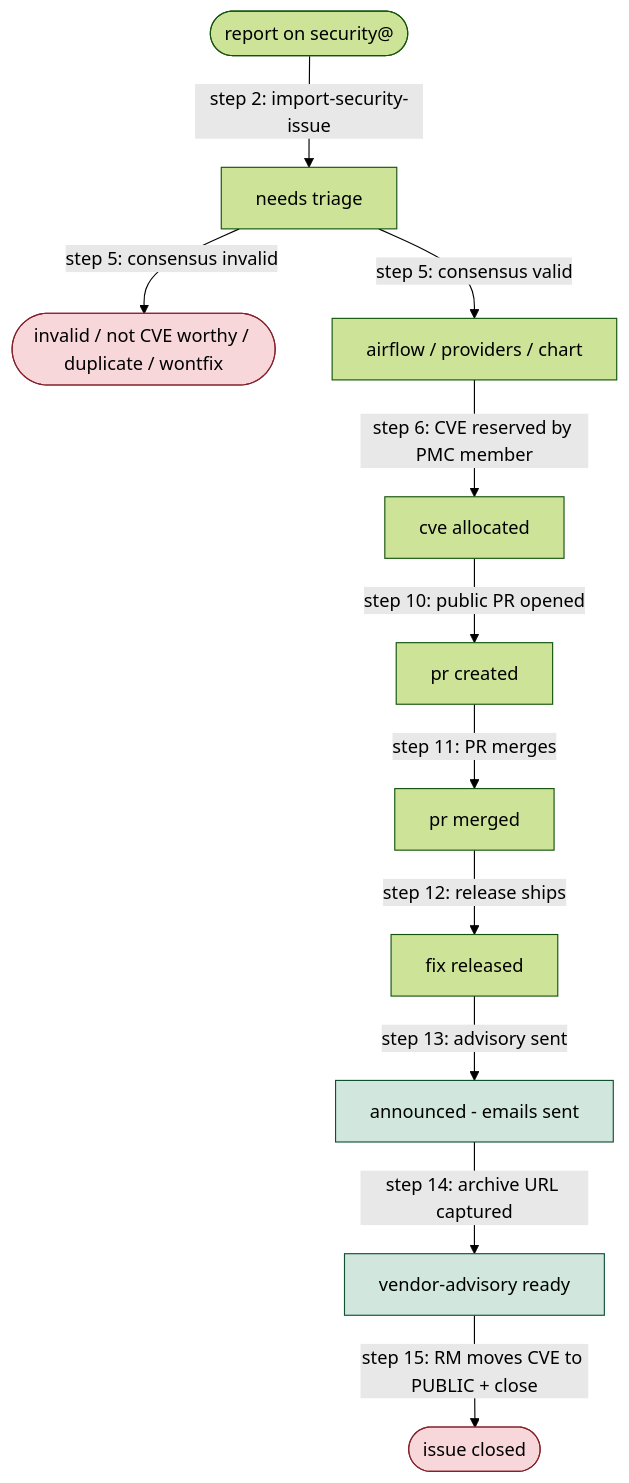
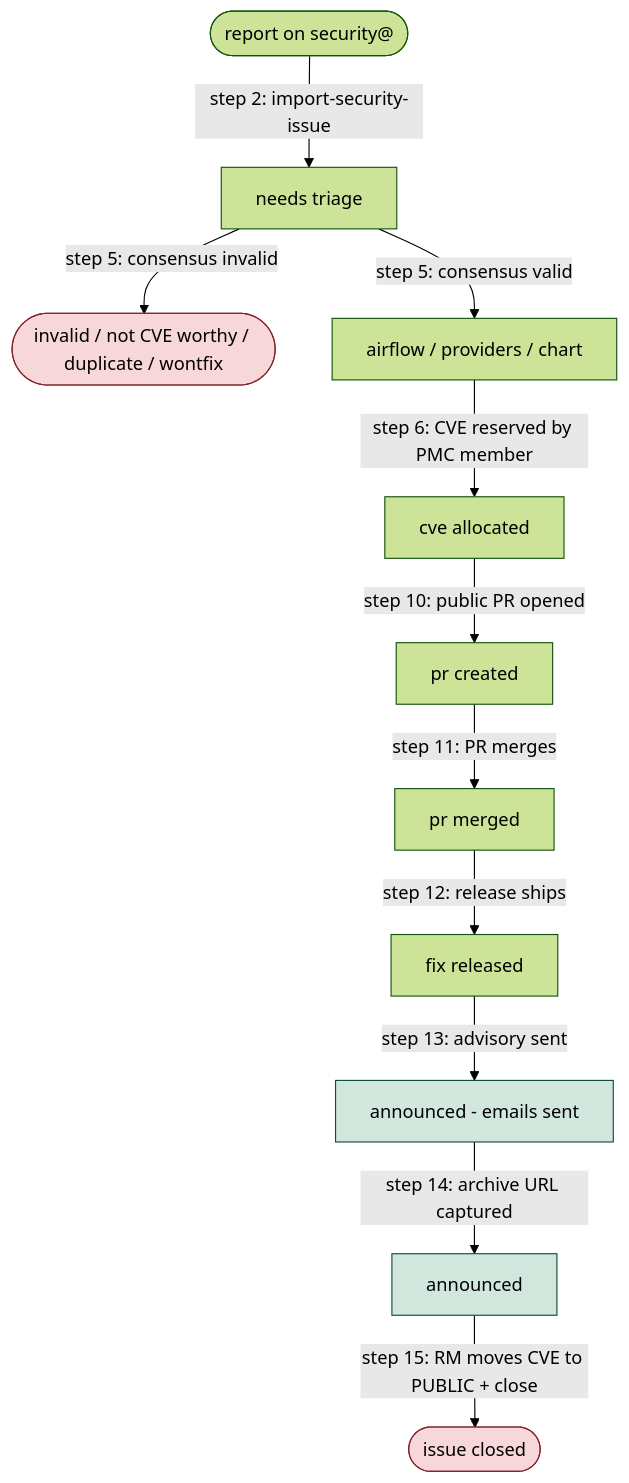
One commit to potiuk/airflow changed the diagram in README.md. Above: the diagram before and after it, drawn with Mermaid (forest theme). The commit also changed other lines of this file and 2 other files, not shown here.

First line of the commit message:
rename `vendor-advisory ready` label to `announced`

````diff
--- a/README.md
+++ b/README.md
@@ -815,18 +815,18 @@
 ```mermaid
 flowchart TD
     A([report on security@]) -->|step 2: import-security-issue| B[needs triage]
     B -->|step 5: consensus invalid| X1([invalid / not CVE worthy / duplicate / wontfix])
     B -->|step 5: consensus valid| C[airflow / providers / chart]
     C -->|step 6: CVE reserved by PMC member| D[cve allocated]
     D -->|step 10: public PR opened| E[pr created]
     E -->|step 11: PR merges| F[pr merged]
     F -->|step 12: release ships| G[fix released]
     G -->|step 13: advisory sent| H[announced - emails sent]
-    H -->|step 14: archive URL captured| J[vendor-advisory ready]
+    H -->|step 14: archive URL captured| J[announced]
     J -->|step 15: RM moves CVE to PUBLIC + close| Z([issue closed])
 
     classDef closed fill:#f8d7da,stroke:#842029,color:#000;
     classDef done fill:#d1e7dd,stroke:#0f5132,color:#000;
     class X1,Z closed;
     class H,J done;
 ```
````
